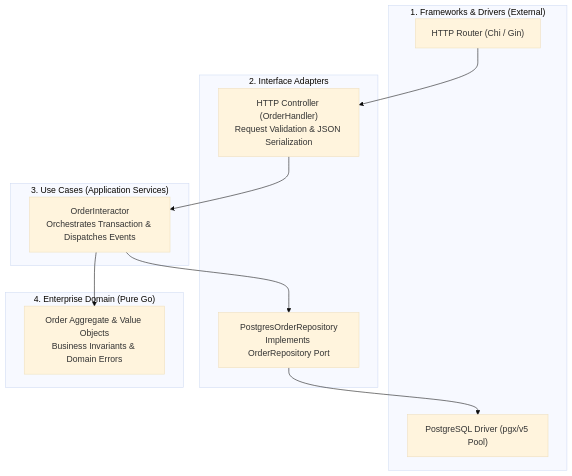
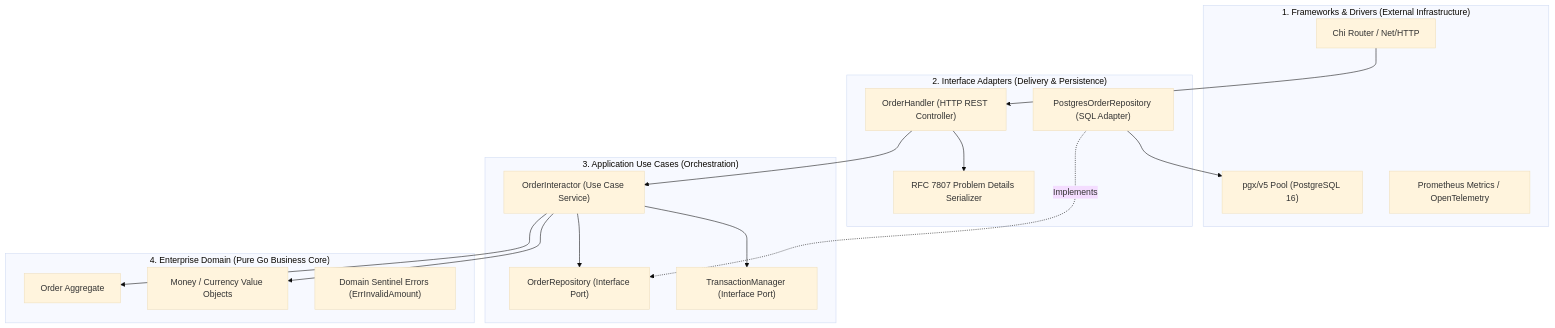
The second of 2 diagrams in docs/backend/golang-clean-architecture/overview.md (software-blueprints-hq/software-blueprints), drawn with Mermaid (base theme) before and after one commit. The commit also changed other lines of this file, not shown here.

Commit message:
Upgrade Go Clean Architecture & DDD to Level 3 standard (12 Sections)

````diff
--- a/docs/backend/golang-clean-architecture/overview.md
+++ b/docs/backend/golang-clean-architecture/overview.md
@@ -24,26 +72,36 @@
 ```mermaid
 flowchart TD
-    subgraph Drivers ["1. Frameworks & Drivers (External)"]
-        Router["HTTP Router (Chi / Gin)"]
-        DBDriver["PostgreSQL Driver (pgx/v5 Pool)"]
+    subgraph Layer4 ["1. Frameworks & Drivers (External Infrastructure)"]
+        HTTP["Chi Router / Net/HTTP"]
+        DBDriver["pgx/v5 Pool (PostgreSQL 16)"]
+        Prom["Prometheus Metrics / OpenTelemetry"]
     end
 
-    subgraph Adapters ["2. Interface Adapters"]
-        HTTPHandler["HTTP Controller (OrderHandler)\nRequest Validation & JSON Serialization"]
-        PostgresRepo["PostgresOrderRepository\nImplements OrderRepository Port"]
+    subgraph Layer3 ["2. Interface Adapters (Delivery & Persistence)"]
+        H["OrderHandler (HTTP REST Controller)"]
+        R["PostgresOrderRepository (SQL Adapter)"]
+        Pres["RFC 7807 Problem Details Serializer"]
     end
 
-    subgraph Core ["3. Use Cases (Application Services)"]
-        OrderUseCase["OrderInteractor\nOrchestrates Transaction & Dispatches Events"]
+    subgraph Layer2 ["3. Application Use Cases (Orchestration)"]
+        UC["OrderInteractor (Use Case Service)"]
+        P1["OrderRepository (Interface Port)"]
+        P2["TransactionManager (Interface Port)"]
     end
 
-    subgraph Domain ["4. Enterprise Domain (Pure Go)"]
-        OrderEntity["Order Aggregate & Value Objects\nBusiness Invariants & Domain Errors"]
+    subgraph Layer1 ["4. Enterprise Domain (Pure Go Business Core)"]
+        Agg["Order Aggregate"]
+        VO["Money / Currency Value Objects"]
+        Err["Domain Sentinel Errors (ErrInvalidAmount)"]
     end
 
-    Router --> HTTPHandler
-    HTTPHandler --> OrderUseCase
-    OrderUseCase --> OrderEntity
-    OrderUseCase --> PostgresRepo
-    PostgresRepo --> DBDriver
+    HTTP --> H
+    H --> UC
+    UC --> Agg
+    UC --> VO
+    UC --> P1
+    UC --> P2
+    R -.->|Implements| P1
+    R --> DBDriver
+    H --> Pres
 ```
````
